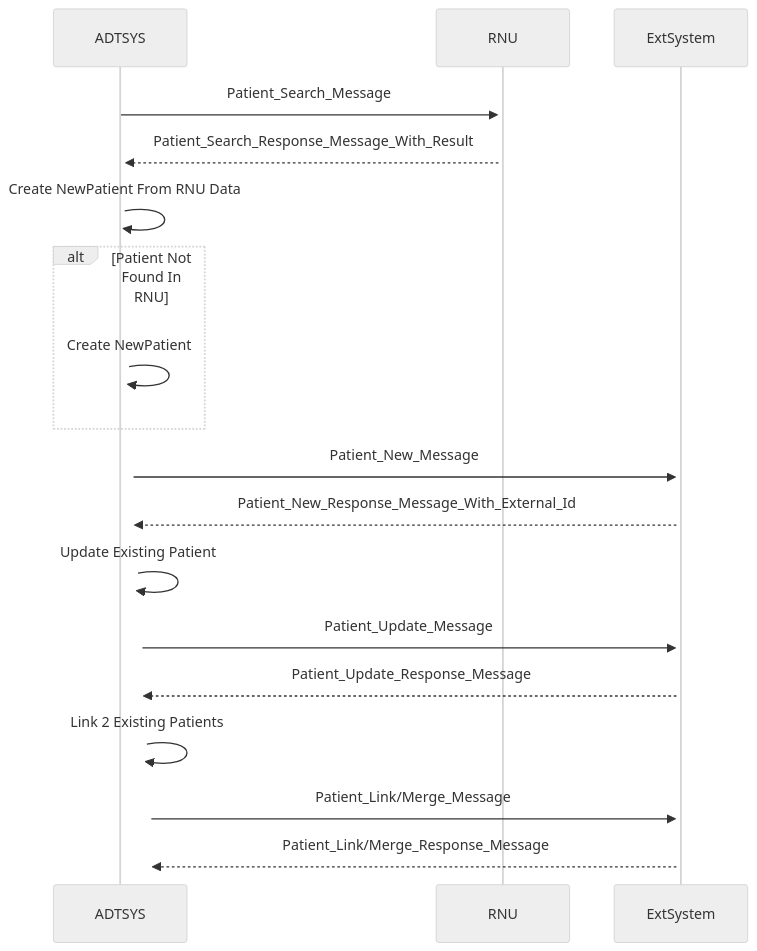
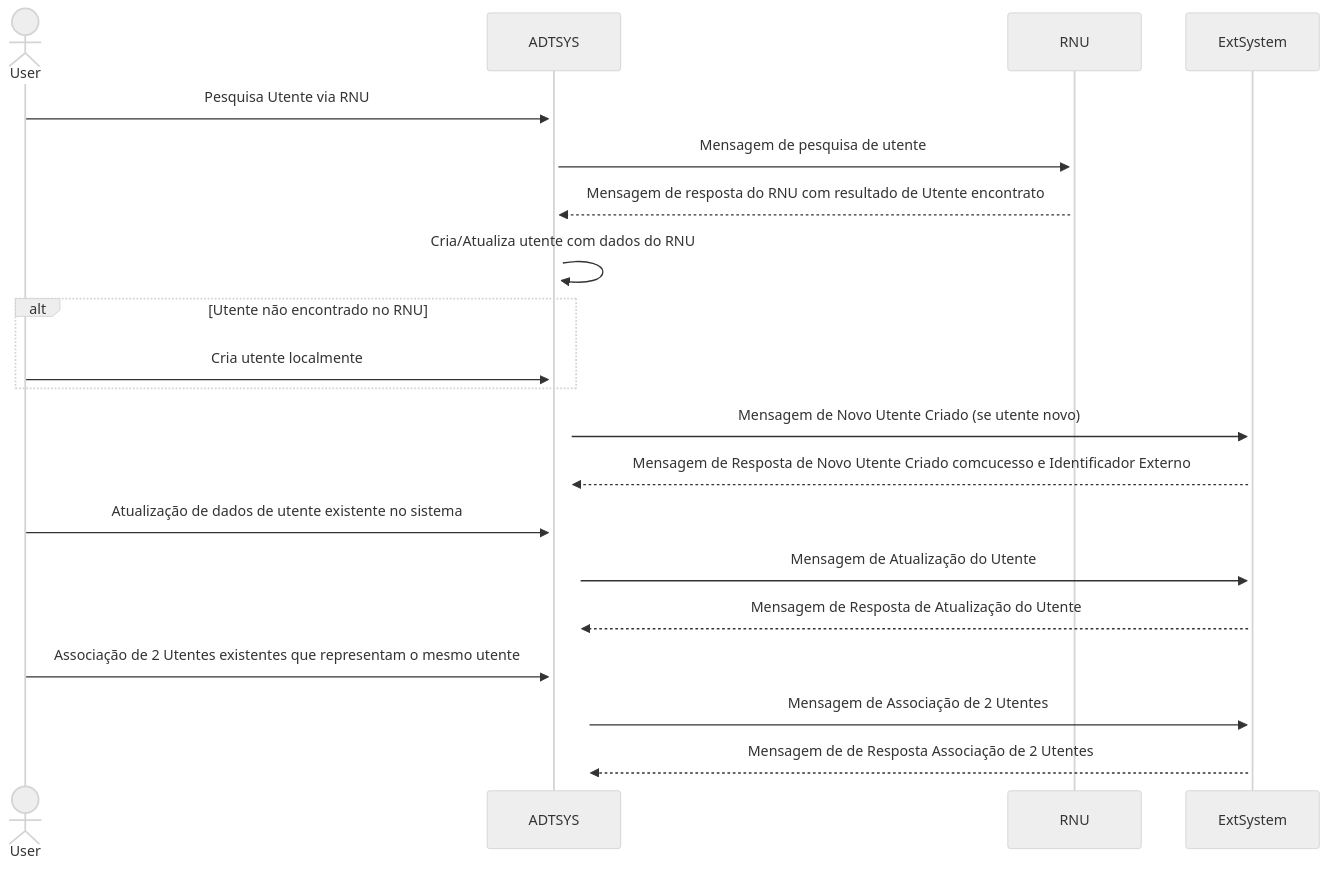
One commit to hl7-pt/patient-admin-ig changed the second of 2 diagrams in input/pagecontent/background.md. Above: the diagram before and after it, drawn with Mermaid (neutral theme). The commit also changed other lines of this file and 8 other files, not shown here.

Commit message:
Especificação do flow da gestão da identificação do utente

````diff
--- a/input/pagecontent/background.md
+++ b/input/pagecontent/background.md
@@ -38,18 +38,20 @@
 ```mermaid 
 sequenceDiagram
-    ADTSYS->>+RNU: Patient_Search_Message
-    RNU-->>+ADTSYS: Patient_Search_Response_Message_With_Result
-    ADTSYS->>+ADTSYS: Create NewPatient From RNU Data
-    alt Patient Not Found In RNU
-        ADTSYS->>+ADTSYS: Create NewPatient
+    actor User
+    User->>+ADTSYS: Pesquisa Utente via RNU
+    ADTSYS->>+RNU: Mensagem de pesquisa de utente
+    RNU-->>+ADTSYS: Mensagem de resposta do RNU com resultado de Utente encontrato
+    ADTSYS->>+ADTSYS: Cria/Atualiza utente com dados do RNU
+    alt Utente não encontrado no RNU
+        User->>+ADTSYS: Cria utente localmente
     end
-    ADTSYS->>+ExtSystem: Patient_New_Message
-    ExtSystem-->>+ADTSYS: Patient_New_Response_Message_With_External_Id
-    ADTSYS->>+ADTSYS: Update Existing Patient
-    ADTSYS->>+ExtSystem: Patient_Update_Message
-    ExtSystem-->>+ADTSYS: Patient_Update_Response_Message
-    ADTSYS->>+ADTSYS: Link 2 Existing Patients
-    ADTSYS->>+ExtSystem: Patient_Link/Merge_Message
-    ExtSystem-->>+ADTSYS: Patient_Link/Merge_Response_Message
+    ADTSYS->>+ExtSystem: Mensagem de Novo Utente Criado (se utente novo)
+    ExtSystem-->>+ADTSYS: Mensagem de Resposta de Novo Utente Criado comcucesso e Identificador Externo
+    User->>+ADTSYS: Atualização de dados de utente existente no sistema
+    ADTSYS->>+ExtSystem: Mensagem de Atualização do Utente
+    ExtSystem-->>+ADTSYS: Mensagem de Resposta de Atualização do Utente
+    User->>+ADTSYS: Associação de 2 Utentes existentes que representam o mesmo utente
+    ADTSYS->>+ExtSystem: Mensagem de Associação de 2 Utentes
+    ExtSystem-->>+ADTSYS: Mensagem de de Resposta Associação de 2 Utentes
 
 ```
````
